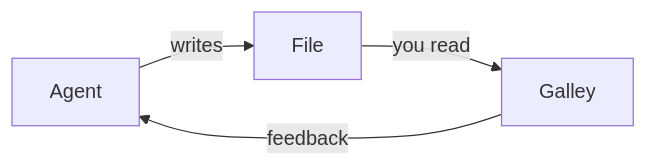
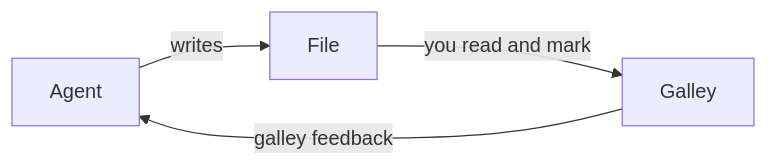
The diagram in app/Galley/Guide/Galley Guide.md (aliemir/galley), drawn with Mermaid before and after one commit. The commit also changed other lines of this file and 11 other files, not shown here.

````diff
--- a/app/Galley/Guide/Galley Guide.md
+++ b/app/Galley/Guide/Galley Guide.md
@@ -100,6 +159,6 @@
 ```mermaid
 flowchart LR
     Agent -- writes --> File
-    File -- you read --> Galley
-    Galley -- feedback --> Agent
+    File -- you read and mark --> Galley
+    Galley -- galley feedback --> Agent
 ```
````
